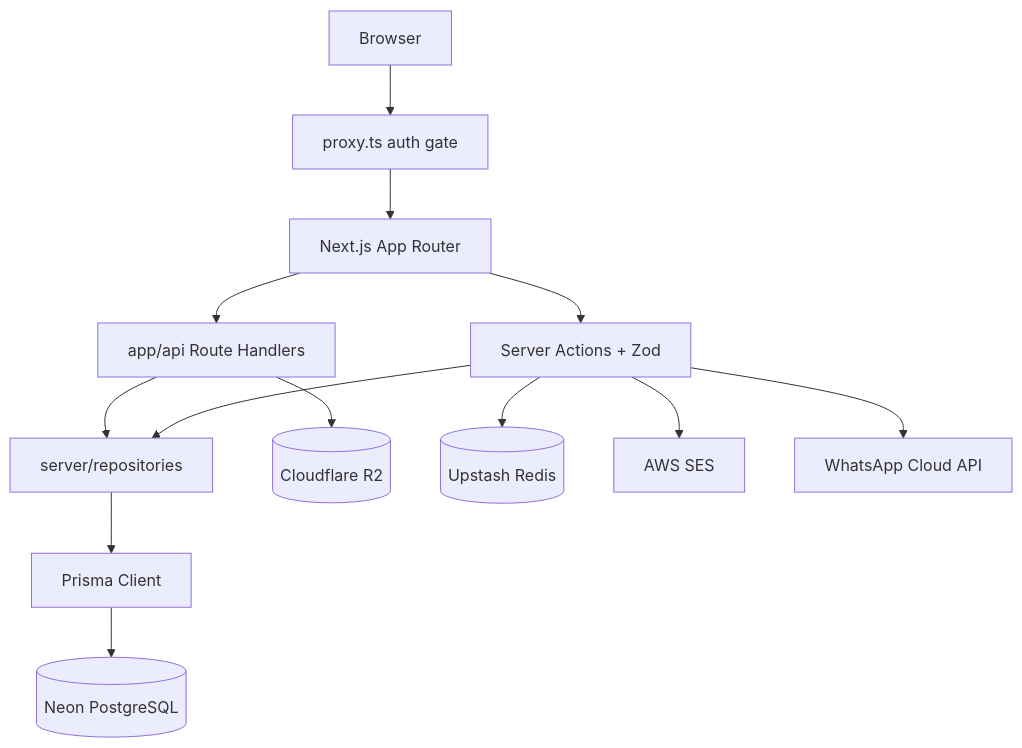
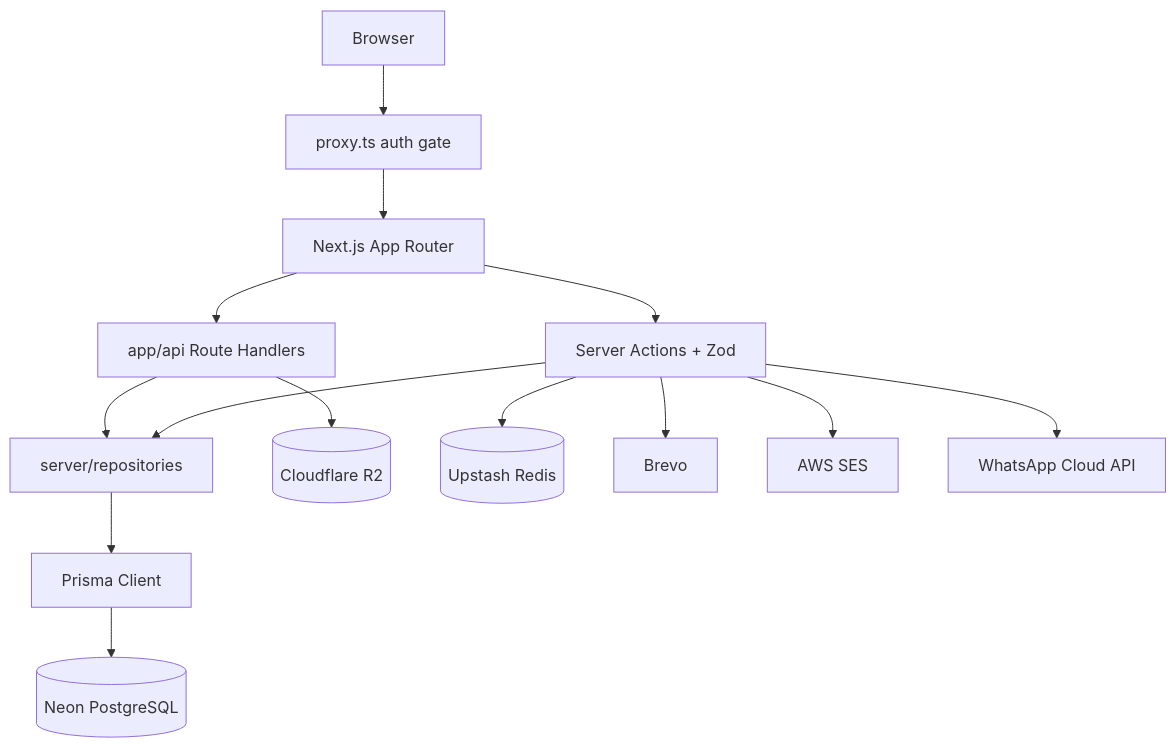
Before and after one commit to pakexcise/pakexcise-services: the first of 4 diagrams in docs/ARCHITECTURE.md, drawn with Mermaid. The commit also changed other lines of this file and 19 other files, not shown here.

````diff
--- a/docs/ARCHITECTURE.md
+++ b/docs/ARCHITECTURE.md
@@ -7,26 +7,28 @@
 ```mermaid
 flowchart TB
   Browser[Browser]
   Next[Next.js App Router]
   Proxy[proxy.ts auth gate]
   Actions[Server Actions + Zod]
   API[app/api Route Handlers]
   Repos[server/repositories]
   Prisma[Prisma Client]
   Neon[(Neon PostgreSQL)]
   R2[(Cloudflare R2)]
   Redis[(Upstash Redis)]
+  Brevo[Brevo]
   SES[AWS SES]
   WA[WhatsApp Cloud API]
 
   Browser --> Proxy --> Next
   Next --> Actions
   Next --> API
   Actions --> Repos
   API --> Repos
   Repos --> Prisma --> Neon
   API --> R2
   Actions --> Redis
+  Actions --> Brevo
   Actions --> SES
   Actions --> WA
 ```
````
